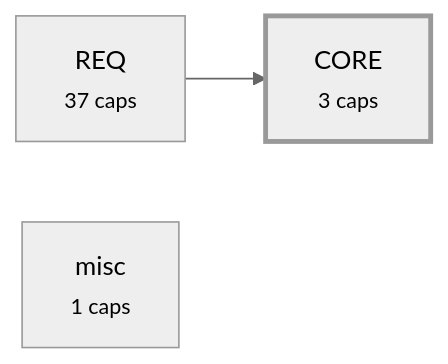
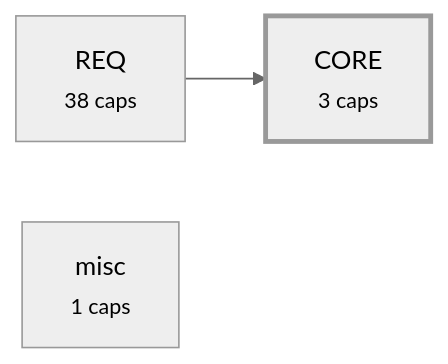
One commit to alxmax/Requirement-manager changed the third of 4 diagrams in plugin/requirements/_map.md. Above: the diagram before and after it, drawn with Mermaid (neutral theme). The commit also changed other lines of this file and 9 other files, not shown here.

First line of the commit message:
feat(health): report roadmap lag and unparseable milestone headings

````diff
--- a/plugin/requirements/_map.md
+++ b/plugin/requirements/_map.md
@@ -301,8 +308,8 @@
 ```mermaid
 graph LR
   a_CORE["CORE<br><small>3 caps</small>"]
-  a_REQ["REQ<br><small>37 caps</small>"]
+  a_REQ["REQ<br><small>38 caps</small>"]
   a_misc["misc<br><small>1 caps</small>"]
   a_REQ --> a_CORE
   style a_CORE stroke-width:3px
 ```
````
